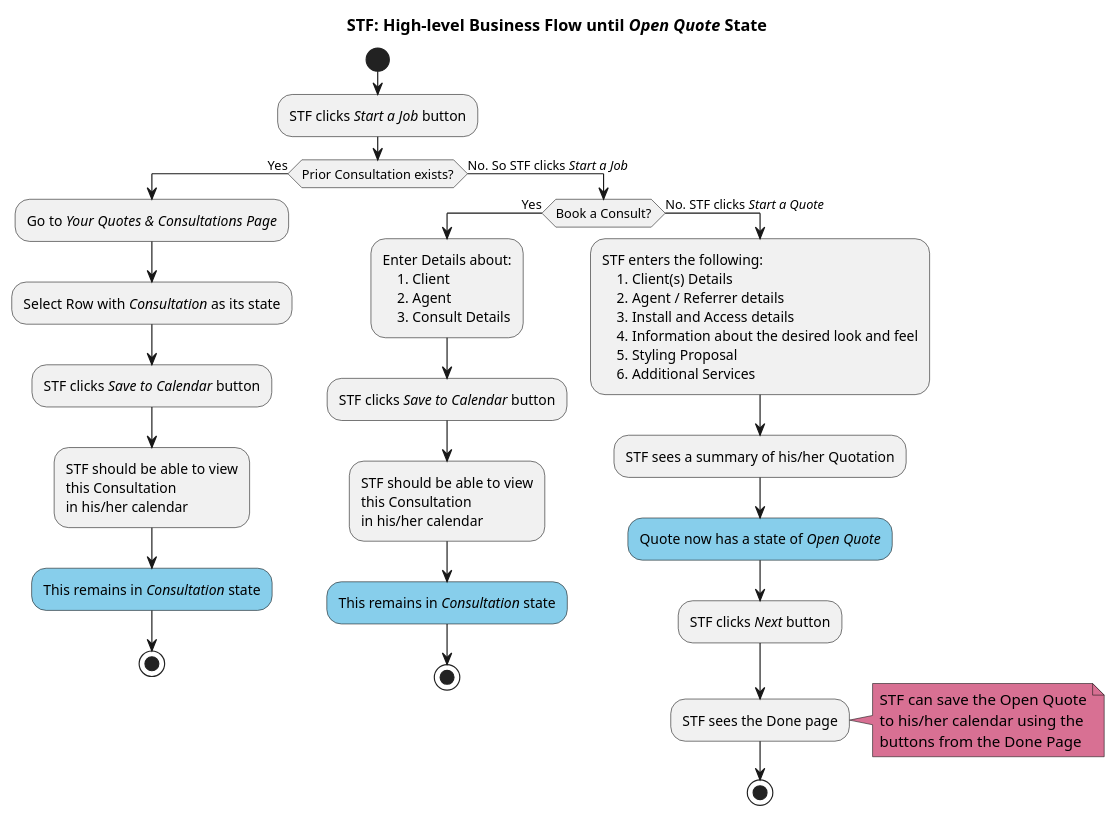
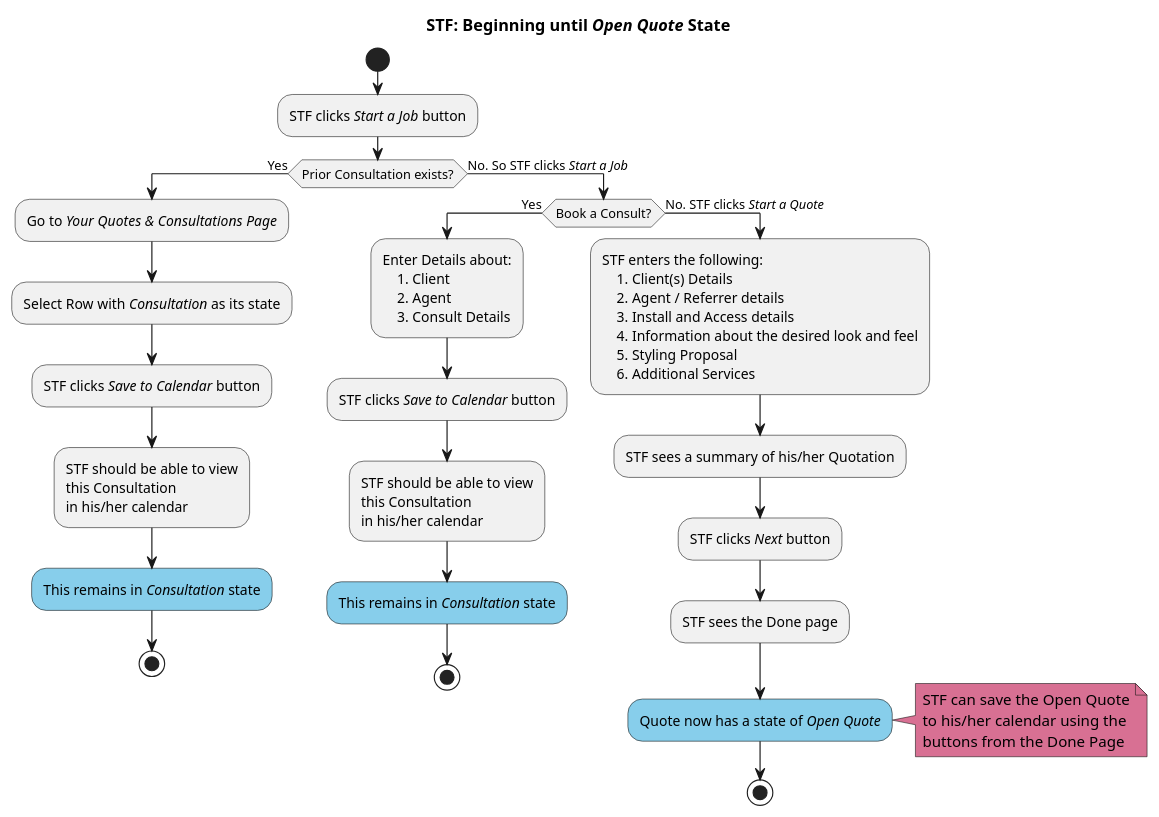
Before and after one commit to jpgacrama/NovariSpecs: the diagram in STF/STF_BeginningUntilOpenQuoteState.pu, drawn with PlantUML. The commit also changed 2 other files, not shown here.

Commit message:
master: Started to edit specs based on changes to flow

```diff
--- a/STF/STF_BeginningUntilOpenQuoteState.pu
+++ b/STF/STF_BeginningUntilOpenQuoteState.pu
@@ -1,53 +1,53 @@
 @startuml
-    title STF: High-level Business Flow until //Open Quote// State
+    title STF: Beginning until //Open Quote// State
     start
     :STF clicks //Start a Job// button;
 
     if (Prior Consultation exists?) then (Yes)
         :Go to //Your Quotes & Consultations Page//;
         :Select Row with //Consultation// as its state;
         :STF clicks //Save to Calendar// button;
         :STF should be able to view
         this Consultation
         in his/her calendar;
         #SkyBlue:This remains in //Consultation// state;
         stop
     else (No. So STF clicks //Start a Job//)
         if (Book a Consult?) then (Yes)
             :Enter Details about:
                 1. Client
                 2. Agent
                 3. Consult Details;
 
             :STF clicks //Save to Calendar// button;
 
             :STF should be able to view
             this Consultation
             in his/her calendar;
             #SkyBlue:This remains in //Consultation// state;
             stop
 
         else (No. STF clicks //Start a Quote//)
             :STF enters the following:
                 1. Client(s) Details
                 2. Agent / Referrer details
                 3. Install and Access details
                 4. Information about the desired look and feel
                 5. Styling Proposal
                 6. Additional Services;
 
             :STF sees a summary of his/her Quotation;
-            #SkyBlue:Quote now has a state of //Open Quote//;
             :STF clicks //Next// button;
             :STF sees the Done page;
+            #SkyBlue:Quote now has a state of //Open Quote//;
 
             note right #PaleVioletRed
                 STF can save the Open Quote
                 to his/her calendar using the
                 buttons from the Done Page
             end note
 
             stop
         endif
     endif
 @enduml
```
